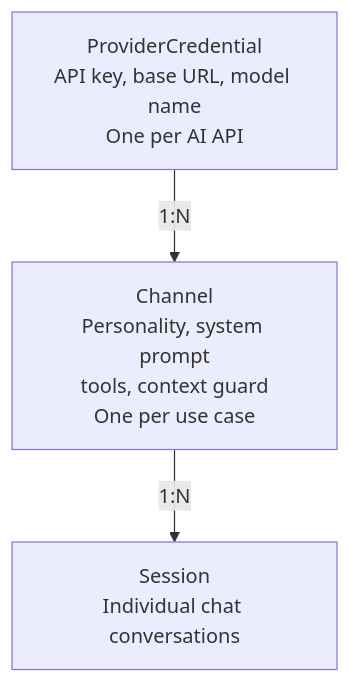
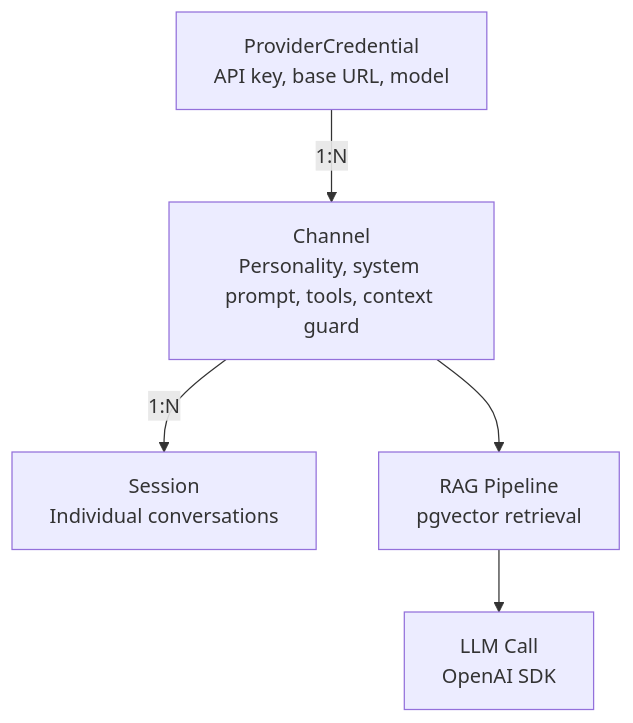
The second of 3 diagrams in README.md (utsmannn/kirana), drawn with Mermaid before and after one commit. The commit also changed other lines of this file, not shown here.

````diff
--- a/README.md
+++ b/README.md
@@ -250,6 +44,9 @@
 ```mermaid
 flowchart TD
-    PC[ProviderCredential<br/>API key, base URL, model name<br/>One per AI API] -->|1:N| CH
-    CH[Channel<br/>Personality, system prompt<br/>tools, context guard<br/>One per use case] -->|1:N| S
-    S[Session<br/>Individual chat conversations]
+    PC[ProviderCredential<br/>API key, base URL, model] -->|1:N| CH
+    CH[Channel<br/>Personality, system prompt, tools, context guard] -->|1:N| S
+    S[Session<br/>Individual conversations]
+
+    CH --> R[RAG Pipeline<br/>pgvector retrieval]
+    R --> LLM[LLM Call<br/>OpenAI SDK]
 ```
````
